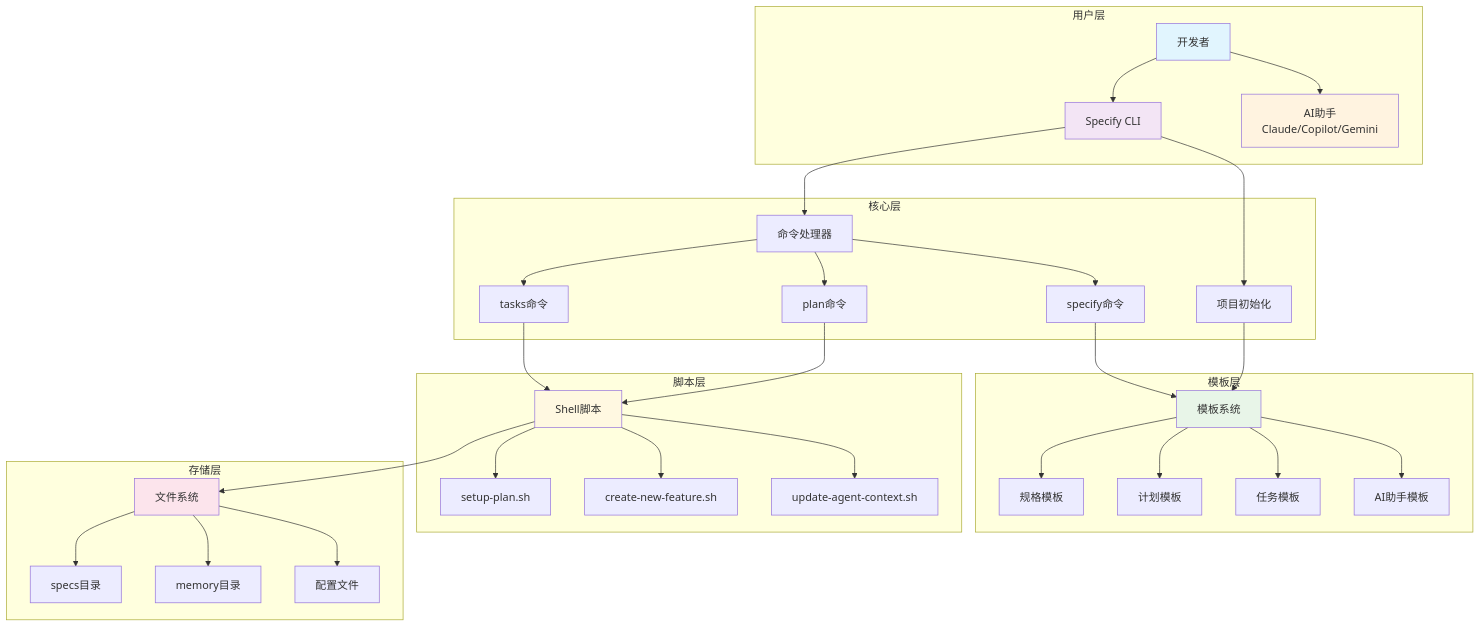
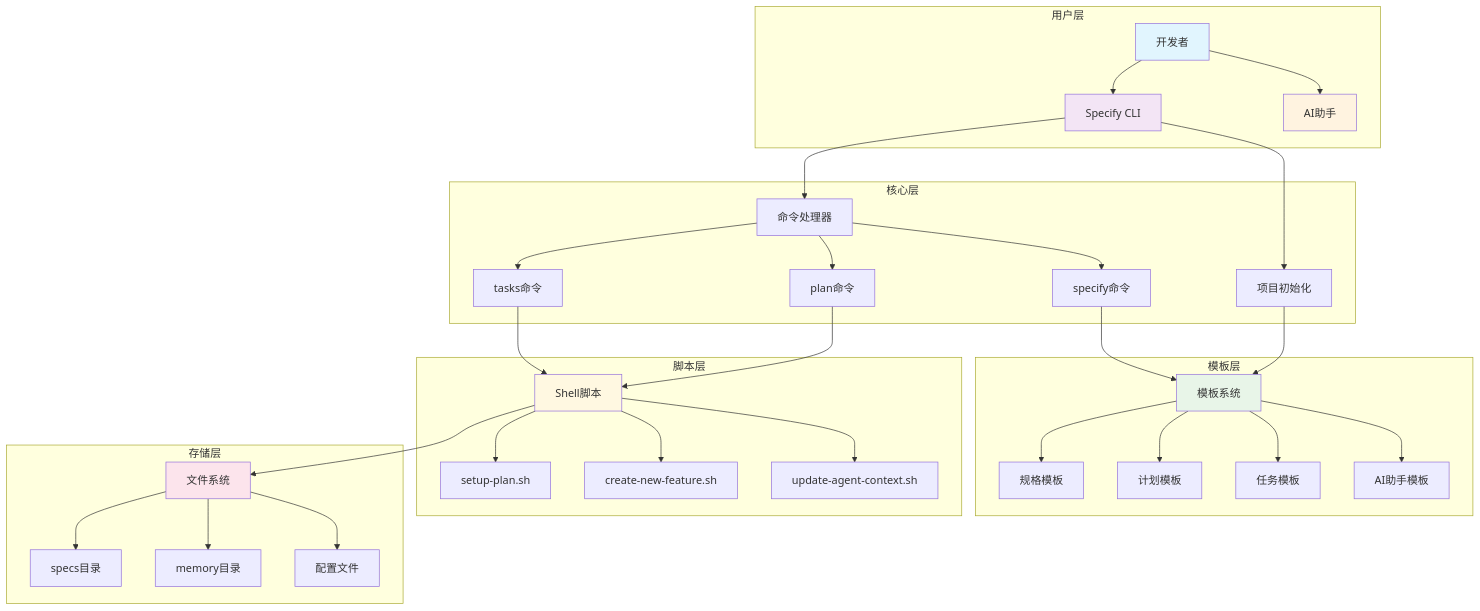
One commit to nicekate/spec-kit changed the first of 5 diagrams in TECHNICAL_DOCUMENTATION.md. Above: the diagram before and after it, drawn with Mermaid.

Commit message:
进一步优化系统架构图的Mermaid语法
- 为subgraph添加了明确的标识符
- 简化了AI助手节点的描述
- 移除了可能导致解析错误的特殊字符
- 确保所有节点名称符合Mermaid语法规范
- 图表现在应该可以在所有平台正确渲染

````diff
--- a/TECHNICAL_DOCUMENTATION.md
+++ b/TECHNICAL_DOCUMENTATION.md
@@ -64,50 +64,49 @@
 ```mermaid
 graph TB
-    subgraph "用户层"
+    subgraph UserLayer["用户层"]
         U[开发者] --> CLI[Specify CLI]
-        U --> AI[AI助手<br/>Claude/Copilot/Gemini]
+        U --> AI[AI助手]
     end
 
-    subgraph "核心层"
+    subgraph CoreLayer["核心层"]
         CLI --> Init[项目初始化]
         CLI --> Cmd[命令处理器]
-
         Cmd --> SpecifyCmd[specify命令]
         Cmd --> PlanCmd[plan命令]
         Cmd --> TasksCmd[tasks命令]
     end
 
-    subgraph "模板层"
+    subgraph TemplateLayer["模板层"]
         Init --> Templates[模板系统]
         Templates --> SpecT[规格模板]
         Templates --> PlanT[计划模板]
         Templates --> TaskT[任务模板]
         Templates --> AgentT[AI助手模板]
     end
 
-    subgraph "脚本层"
+    subgraph ScriptLayer["脚本层"]
         Scripts[Shell脚本]
         Scripts --> Setup[setup-plan.sh]
         Scripts --> Feature[create-new-feature.sh]
         Scripts --> Update[update-agent-context.sh]
     end
 
-    subgraph "存储层"
+    subgraph StorageLayer["存储层"]
         FS[文件系统]
         FS --> Specs[specs目录]
         FS --> Memory[memory目录]
         FS --> Config[配置文件]
     end
 
     SpecifyCmd --> Templates
     PlanCmd --> Scripts
     TasksCmd --> Scripts
     Scripts --> FS
 
     style U fill:#e1f5fe
     style CLI fill:#f3e5f5
     style AI fill:#fff3e0
     style Templates fill:#e8f5e8
     style Scripts fill:#fff8e1
     style FS fill:#fce4ec
 ```
````
